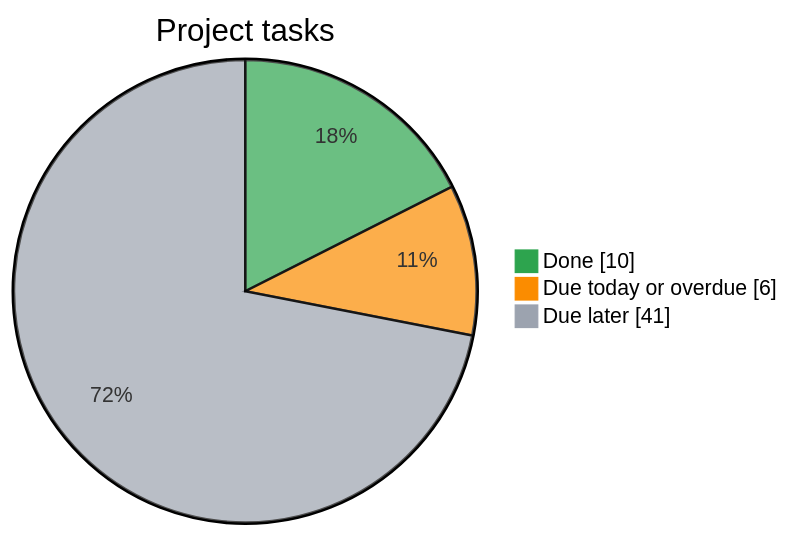
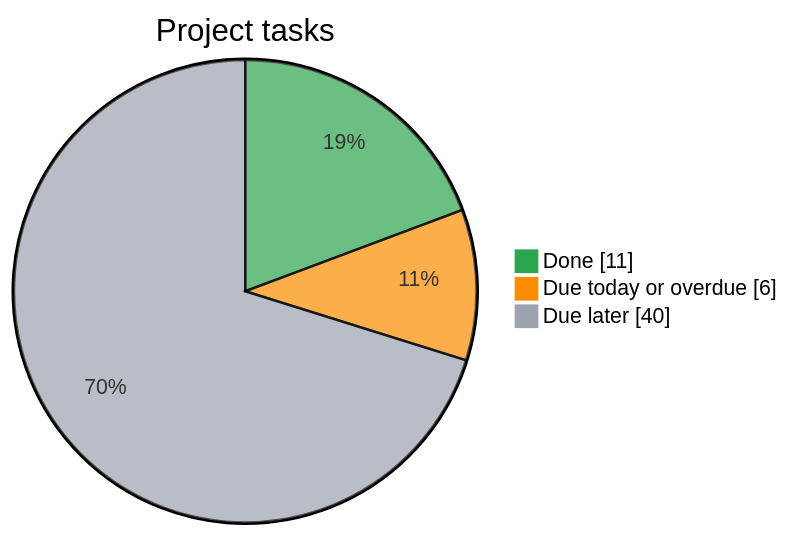
Before and after one commit to Kr1sKros/IKT466-Corporate-Bankruptcy-Predictor: the diagram in README.md, drawn with Mermaid. The commit also changed other lines of this file, not shown here.

Commit message:
docs: refresh task dashboard

````diff
--- a/README.md
+++ b/README.md
@@ -8,8 +8,8 @@
 ```mermaid
 %%{init: {"themeVariables": {"pie1": "#2da44e", "pie2": "#fb8c00", "pie3": "#9ca3af"}}}%%
 pie showData
     title Project tasks
-    "Done" : 10
+    "Done" : 11
     "Due today or overdue" : 6
-    "Due later" : 41
+    "Due later" : 40
 ```
````
